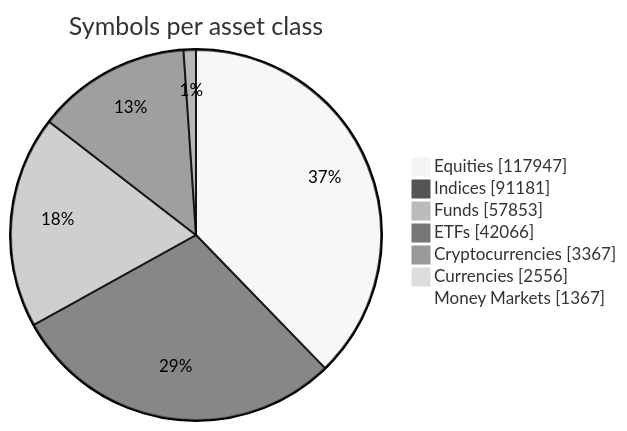
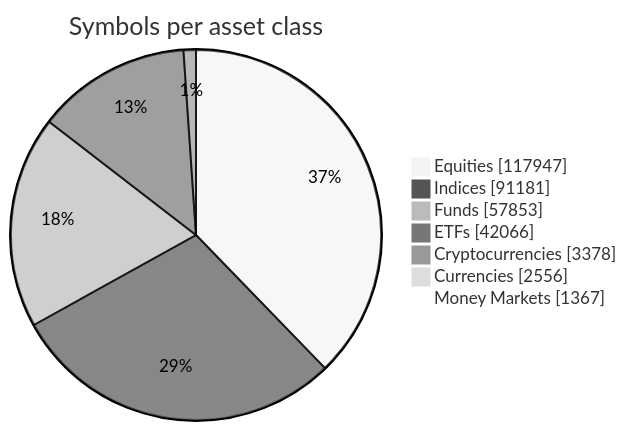
The diagram in README.md (JerBouma/FinanceDatabase), drawn with Mermaid (neutral theme) before and after one commit. The commit also changed other lines of this file, not shown here.

````diff
--- a/README.md
+++ b/README.md
@@ -46,11 +46,11 @@
 ```mermaid
 pie showData
     title Symbols per asset class
     "Equities" : 117947
     "Indices" : 91181
     "Funds" : 57853
     "ETFs" : 42066
-    "Cryptocurrencies" : 3367
+    "Cryptocurrencies" : 3378
     "Currencies" : 2556
     "Money Markets" : 1367
 ```
````
